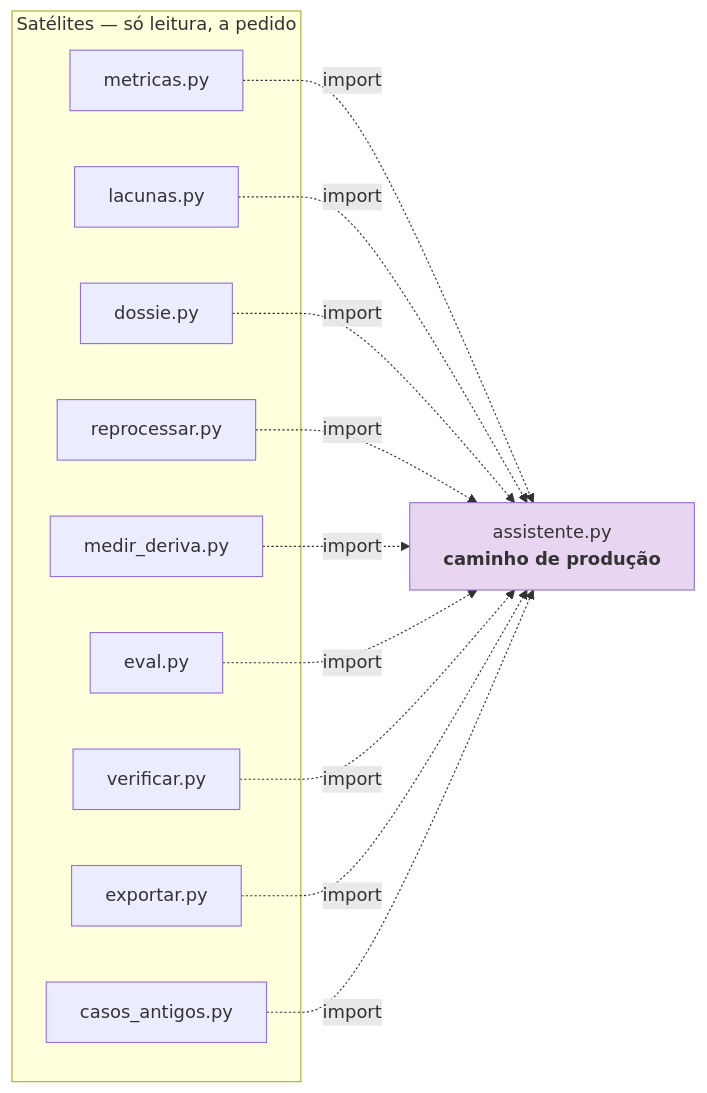
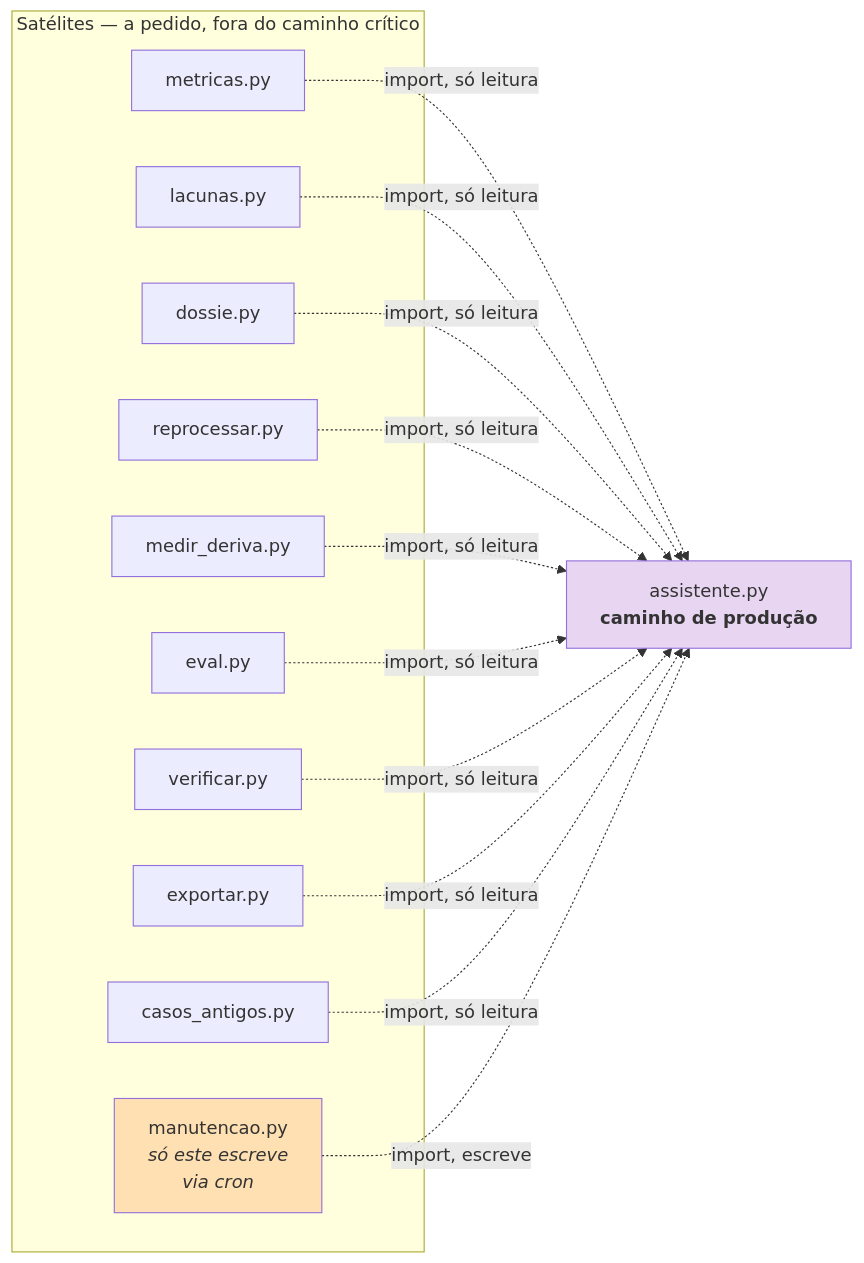
The third of 4 diagrams in docs/02-architecture/system-architecture.md (joaocarvalhini/Outlook-Reply-Assistant), drawn with Mermaid before and after one commit. The commit also changed other lines of this file and 11 other files, not shown here.

````diff
--- a/docs/02-architecture/system-architecture.md
+++ b/docs/02-architecture/system-architecture.md
@@ -104,17 +106,20 @@
 ```mermaid
 graph LR
     A["assistente.py<br/><b>caminho de produção</b>"]
-    subgraph SAT["Satélites — só leitura, a pedido"]
+    subgraph SAT["Satélites — a pedido, fora do caminho crítico"]
         M["metricas.py"]
         L["lacunas.py"]
         D["dossie.py"]
         R["reprocessar.py"]
         MD["medir_deriva.py"]
         E["eval.py"]
         V["verificar.py"]
         X["exportar.py"]
         CA["casos_antigos.py"]
+        MN["manutencao.py<br/><i>só este escreve</i><br/><i>via cron</i>"]
     end
-    M & L & D & R & MD & E & V & X & CA -.->|import| A
+    M & L & D & R & MD & E & V & X & CA -.->|import, só leitura| A
+    MN -.->|import, escreve| A
     style A fill:#e8d5f2
+    style MN fill:#ffe0b2
 ```
````
